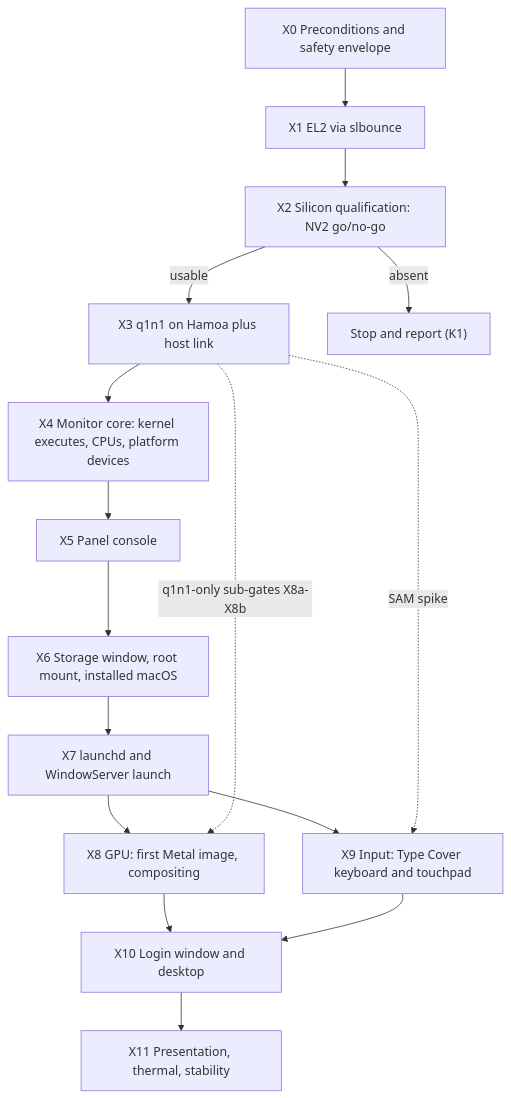
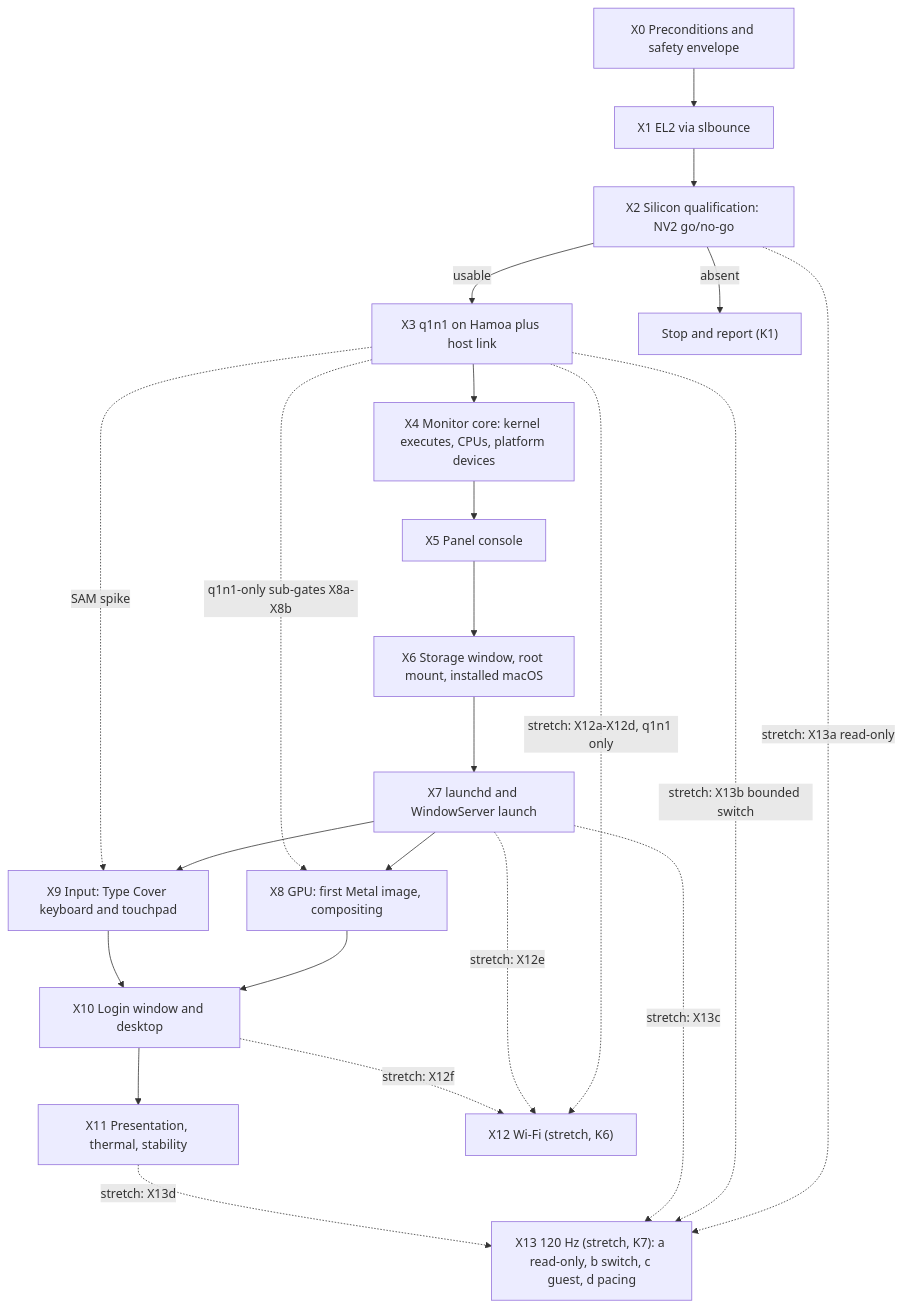
The second of 2 diagrams in docs/SURFACE-PRO-11.md (sa3eedo12/Snapintosh), drawn with Mermaid before and after one commit. The commit also changed other lines of this file and 5 other files, not shown here.

````diff
--- a/docs/SURFACE-PRO-11.md
+++ b/docs/SURFACE-PRO-11.md
@@ -326,18 +404,25 @@
 ```mermaid
 flowchart TD
   X0["X0 Preconditions and safety envelope"] --> X1["X1 EL2 via slbounce"]
   X1 --> X2["X2 Silicon qualification: NV2 go/no-go"]
   X2 -->|usable| X3["X3 q1n1 on Hamoa plus host link"]
   X2 -->|absent| STOP["Stop and report (K1)"]
   X3 --> X4["X4 Monitor core: kernel executes, CPUs, platform devices"]
   X4 --> X5["X5 Panel console"]
   X5 --> X6["X6 Storage window, root mount, installed macOS"]
   X6 --> X7["X7 launchd and WindowServer launch"]
   X7 --> X8["X8 GPU: first Metal image, compositing"]
   X7 --> X9["X9 Input: Type Cover keyboard and touchpad"]
   X8 --> X10["X10 Login window and desktop"]
   X9 --> X10
   X10 --> X11["X11 Presentation, thermal, stability"]
   X3 -.->|"q1n1-only sub-gates X8a-X8b"| X8
   X3 -.->|"SAM spike"| X9
+  X3 -.->|"stretch: X12a-X12d, q1n1 only"| X12["X12 Wi-Fi (stretch, K6)"]
+  X7 -.->|"stretch: X12e"| X12
+  X10 -.->|"stretch: X12f"| X12
+  X2 -.->|"stretch: X13a read-only"| X13["X13 120 Hz (stretch, K7): a read-only, b switch, c guest, d pacing"]
+  X3 -.->|"stretch: X13b bounded switch"| X13
+  X7 -.->|"stretch: X13c"| X13
+  X11 -.->|"stretch: X13d"| X13
 ```
````
